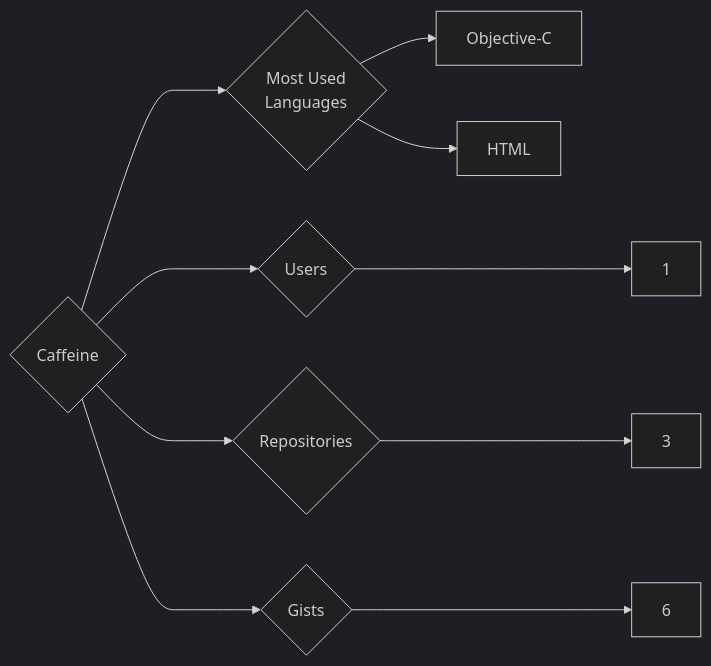
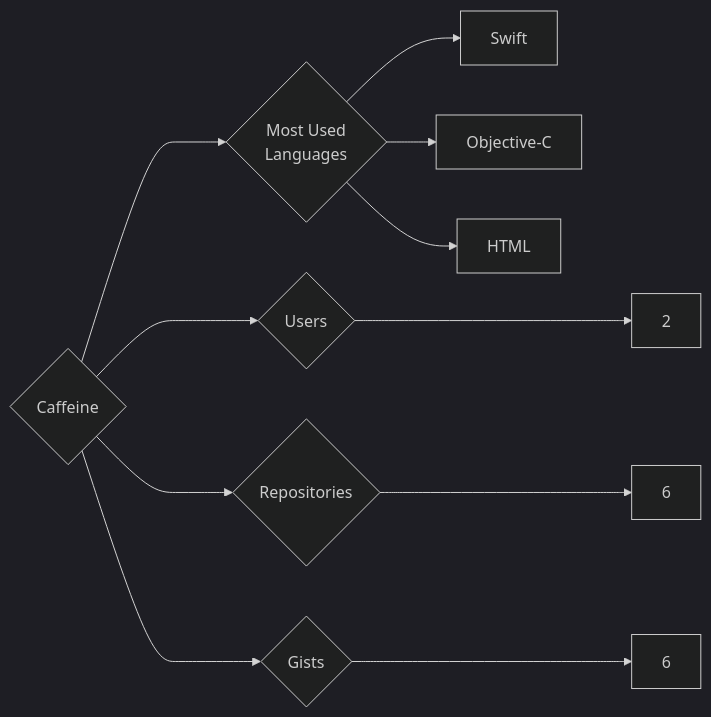
One commit to trickest/insiders changed the diagram in targets/Caffeine/README.md. Above: the diagram before and after it, drawn with Mermaid (dark theme). The commit also changed 1089 other files, not shown here.

````diff
--- a/targets/Caffeine/README.md
+++ b/targets/Caffeine/README.md
@@ -3,10 +3,11 @@
 ```mermaid
 graph LR
 COMPANY_NAME{Caffeine}
-COMPANY_NAME ---> U{Users} ---> UN[1]
-COMPANY_NAME ---> R{Repositories} ---> RN[3]
+COMPANY_NAME ---> U{Users} ---> UN[2]
+COMPANY_NAME ---> R{Repositories} ---> RN[6]
 COMPANY_NAME ---> G{Gists} ---> GN[6]
 COMPANY_NAME ---> ML{Most Used<br>Languages}
+ML --> Swift[Swift]
 ML --> Objective-C[Objective-C]
 ML --> HTML[HTML]
 ```
````
